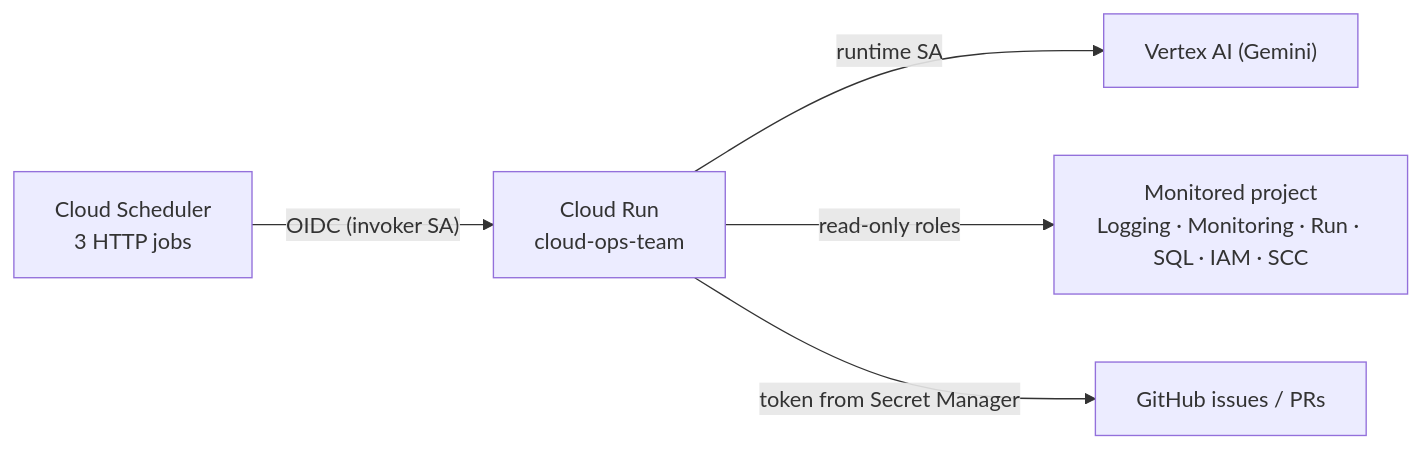
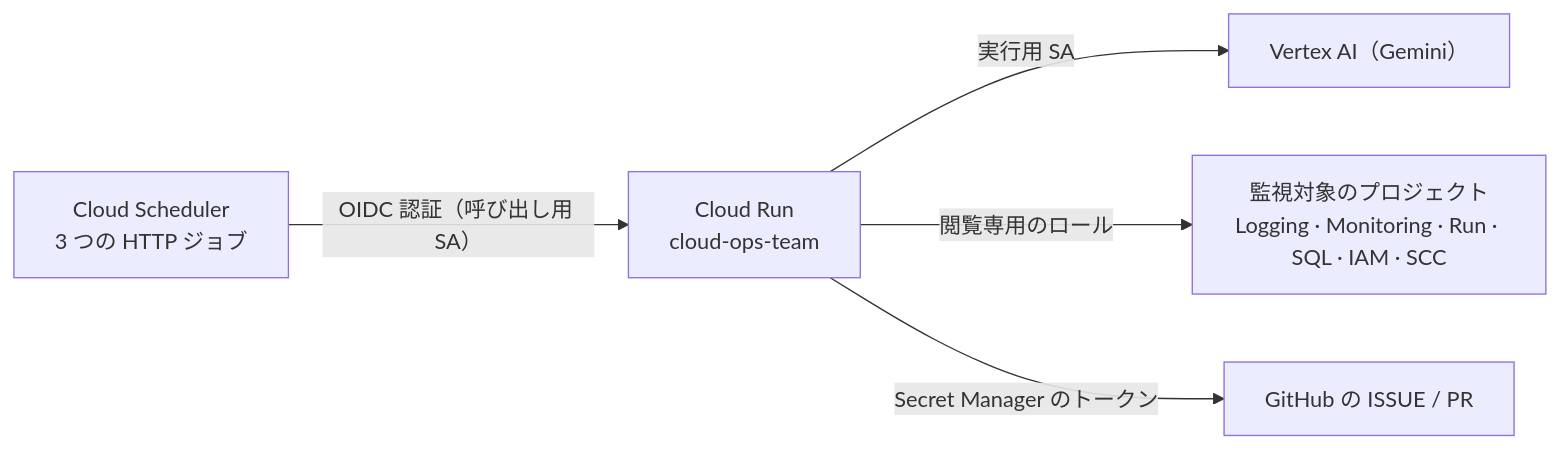
One commit to atsuki-sakai/cloud-ops-team changed the diagram in docs/deployment-gcp.md. Above: the diagram before and after it, drawn with Mermaid. The commit also changed other lines of this file and 26 other files, not shown here.

````diff
--- a/docs/deployment-gcp.md
+++ b/docs/deployment-gcp.md
@@ -7,7 +9,7 @@
 ```mermaid
 flowchart LR
-    SCH["Cloud Scheduler<br/>3 HTTP jobs"] -- "OIDC (invoker SA)" --> RUN["Cloud Run<br/>cloud-ops-team"]
-    RUN -- "runtime SA" --> VTX["Vertex AI (Gemini)"]
-    RUN -- "read-only roles" --> TGT["Monitored project<br/>Logging · Monitoring · Run · SQL · IAM · SCC"]
-    RUN -- "token from Secret Manager" --> GH["GitHub issues / PRs"]
+    SCH["Cloud Scheduler<br/>3 つの HTTP ジョブ"] -- "OIDC 認証（呼び出し用 SA）" --> RUN["Cloud Run<br/>cloud-ops-team"]
+    RUN -- "実行用 SA" --> VTX["Vertex AI（Gemini）"]
+    RUN -- "閲覧専用のロール" --> TGT["監視対象のプロジェクト<br/>Logging · Monitoring · Run · SQL · IAM · SCC"]
+    RUN -- "Secret Manager のトークン" --> GH["GitHub の ISSUE / PR"]
 ```
````
